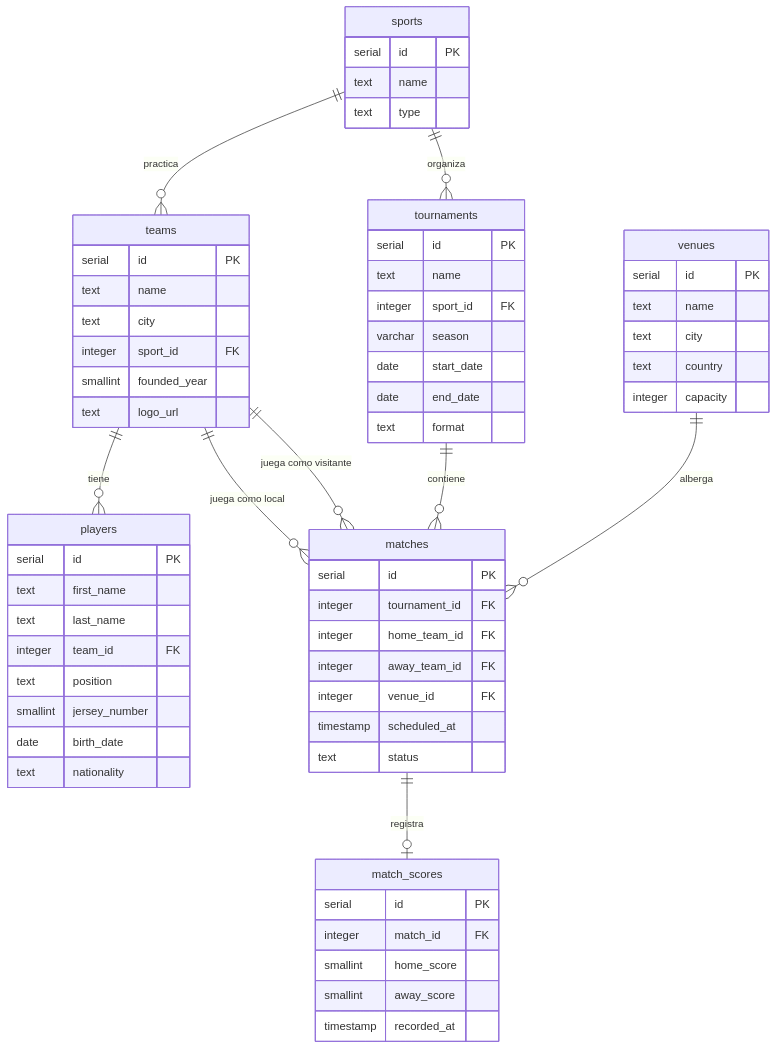
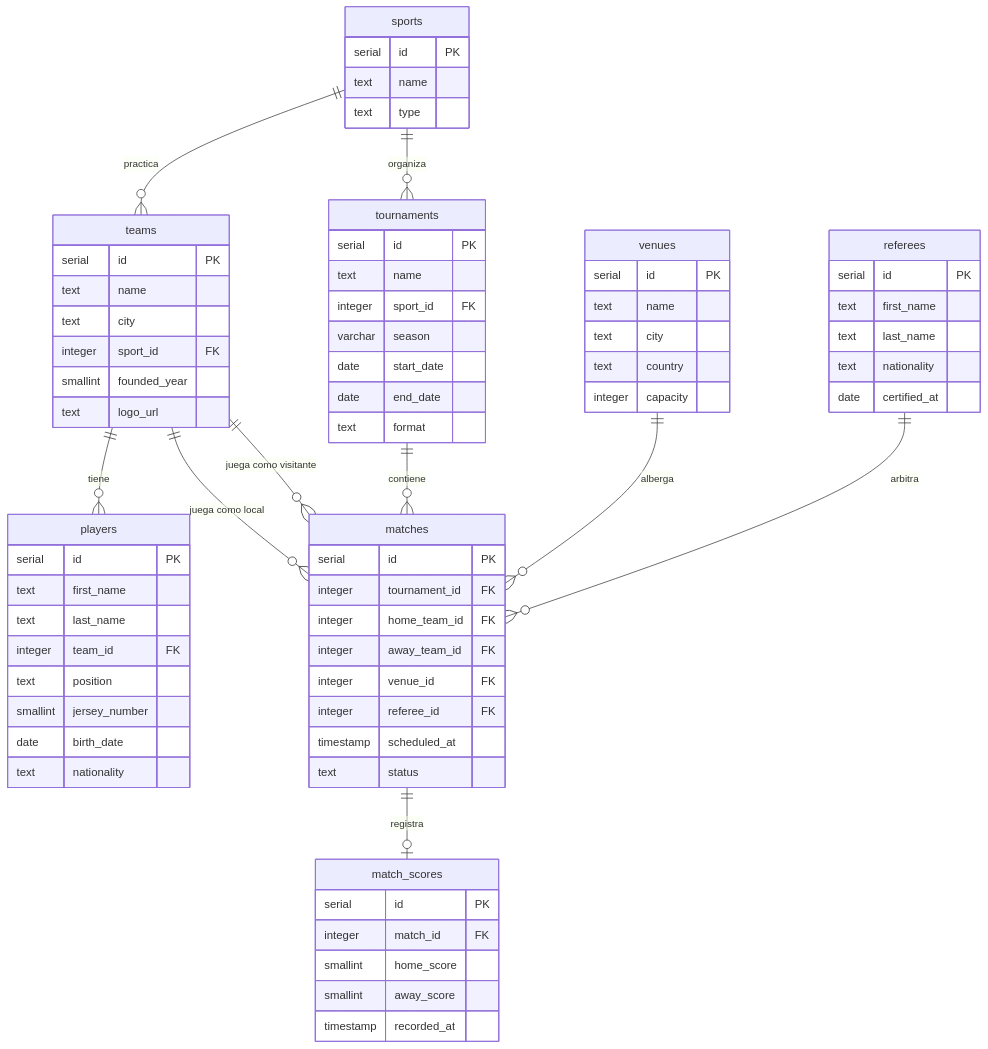
The diagram in docs/dominio_negocio.md (acarmonag/cicd-bd), drawn with Mermaid before and after one commit. The commit also changed other lines of this file and 2 other files, not shown here.

Commit message:
feat: new slides

````diff
--- a/docs/dominio_negocio.md
+++ b/docs/dominio_negocio.md
@@ -54,12 +54,21 @@
         text      format
     }
 
+    referees {
+        serial id           PK
+        text   first_name
+        text   last_name
+        text   nationality
+        date   certified_at
+    }
+
     matches {
         serial    id            PK
         integer   tournament_id FK
         integer   home_team_id  FK
         integer   away_team_id  FK
         integer   venue_id      FK
+        integer   referee_id    FK
         timestamp scheduled_at
         text      status
     }
@@ -79,5 +88,6 @@
     teams       ||--o{ matches     : "juega como visitante"
     tournaments ||--o{ matches     : "contiene"
     venues      ||--o{ matches     : "alberga"
+    referees    ||--o{ matches     : "arbitra"
     matches     ||--o| match_scores : "registra"
 ```
````
